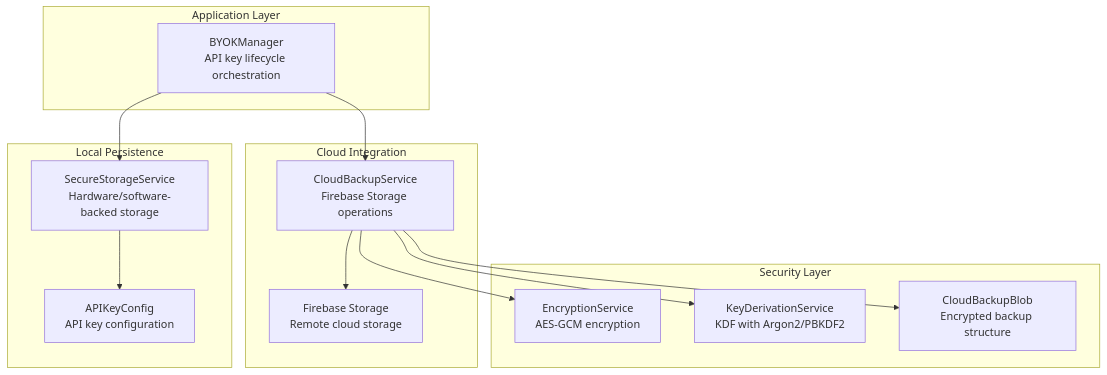
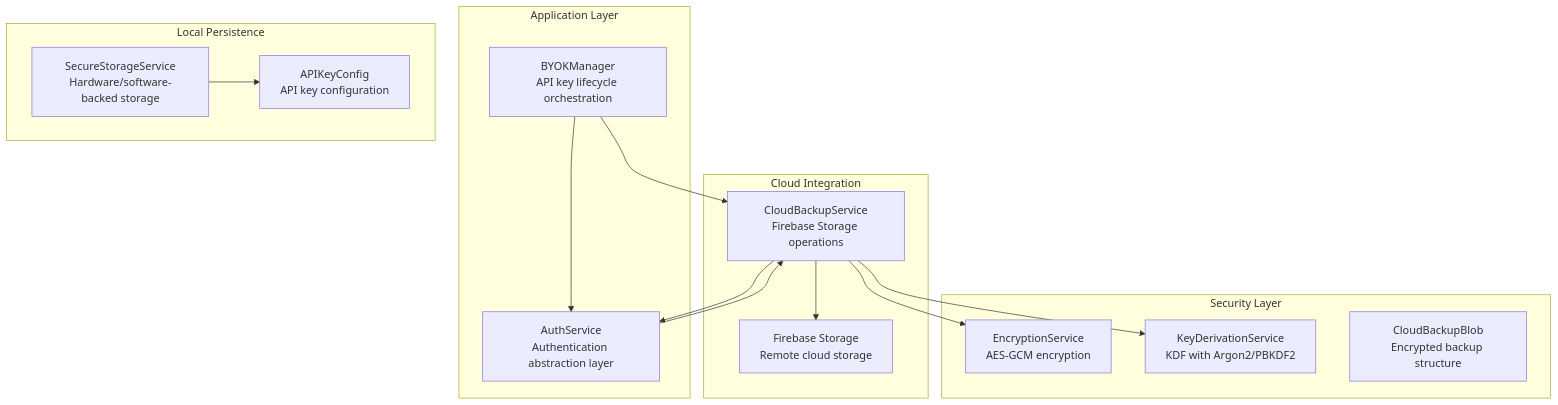
Before and after one commit to JAaron93/StyleSync: the first of 13 diagrams in .qoder/repowiki/en/content/Core Services/BYOK Manager/Cloud Backup Integration.md, drawn with Mermaid. The commit also changed other lines of this file and 36 other files, not shown here.

````diff
--- a/.qoder/repowiki/en/content/Core Services/BYOK Manager/Cloud Backup Integration.md
+++ b/.qoder/repowiki/en/content/Core Services/BYOK Manager/Cloud Backup Integration.md
@@ -40,26 +56,28 @@
 ```mermaid
 graph TB
 subgraph "Application Layer"
 BYOKManager["BYOKManager<br/>API key lifecycle orchestration"]
+AuthService["AuthService<br/>Authentication abstraction layer"]
 end
 subgraph "Cloud Integration"
 CloudBackupService["CloudBackupService<br/>Firebase Storage operations"]
 FirebaseStorage["Firebase Storage<br/>Remote cloud storage"]
 end
 subgraph "Security Layer"
 EncryptionService["EncryptionService<br/>AES-GCM encryption"]
 KeyDerivationService["KeyDerivationService<br/>KDF with Argon2/PBKDF2"]
 CloudBackupBlob["CloudBackupBlob<br/>Encrypted backup structure"]
 end
 subgraph "Local Persistence"
 SecureStorage["SecureStorageService<br/>Hardware/software-backed storage"]
 APIKeyConfig["APIKeyConfig<br/>API key configuration"]
 end
 BYOKManager --> CloudBackupService
-BYOKManager --> SecureStorage
+BYOKManager --> AuthService
 CloudBackupService --> FirebaseStorage
 CloudBackupService --> EncryptionService
 CloudBackupService --> KeyDerivationService
-CloudBackupService --> CloudBackupBlob
+CloudBackupService --> AuthService
 SecureStorage --> APIKeyConfig
+AuthService --> CloudBackupService
 ```
````
